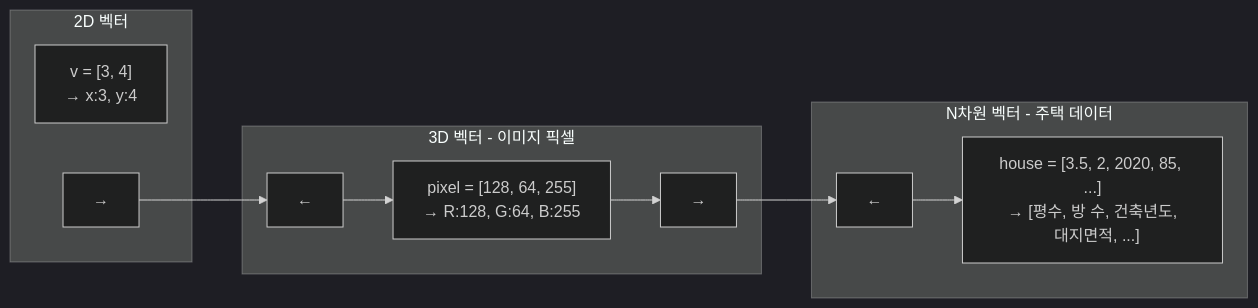
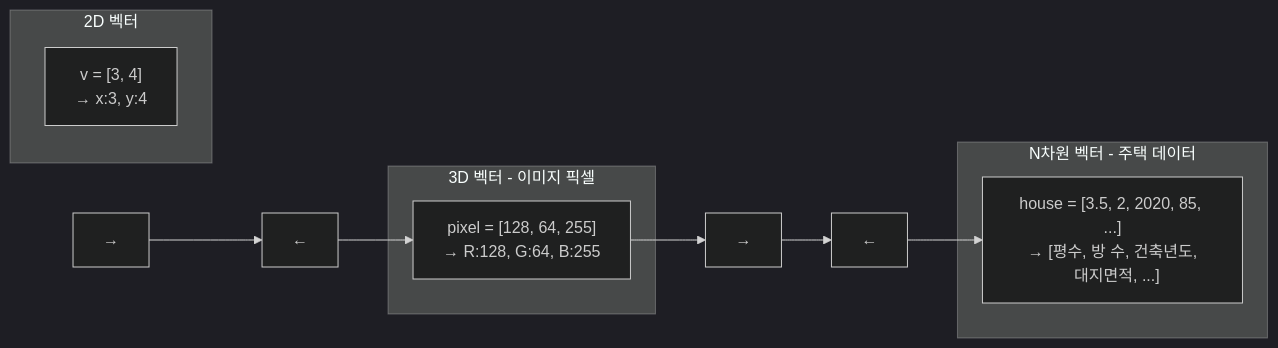
Before and after one commit to jingu279/Document: the third of 10 diagrams in ai-programming/01_서론/03_수학_기초.md, drawn with Mermaid (dark theme). The commit also changed 5 other files, not shown here.

First line of the commit message:
Fix all cross-subgraph Mermaid connections + reserved keywords

````diff
--- a/ai-programming/01_서론/03_수학_기초.md
+++ b/ai-programming/01_서론/03_수학_기초.md
@@ -144,19 +144,27 @@
 ```mermaid
 flowchart LR
   subgraph Vector2D[2D 벡터]
     V1["v = [3, 4]<br/>→ x:3, y:4"]
-    V1_O["→"]
   end
 
+  V1_O["→"]
+
   subgraph Vector3D[3D 벡터 - 이미지 픽셀]
-    V3D_I["←"] --> V2["pixel = [128, 64, 255]<br/>→ R:128, G:64, B:255"]
-    V2 --> V3D_O["→"]
+    V2["pixel = [128, 64, 255]<br/>→ R:128, G:64, B:255"]
   end
 
+  V3D_I["←"]
+  V3D_O["→"]
+
   subgraph VectorND[N차원 벡터 - 주택 데이터]
-    VND_I["←"] --> V3["house = [3.5, 2, 2020, 85, ...]<br/>→ [평수, 방 수, 건축년도,<br/>  대지면적, ...]"]
+    V3["house = [3.5, 2, 2020, 85, ...]<br/>→ [평수, 방 수, 건축년도,<br/>  대지면적, ...]"]
   end
 
+  VND_I["←"]
+
   V1_O --> V3D_I
+  V3D_I --> V2
+  V2 --> V3D_O
   V3D_O --> VND_I
+  VND_I --> V3
 ```
````
